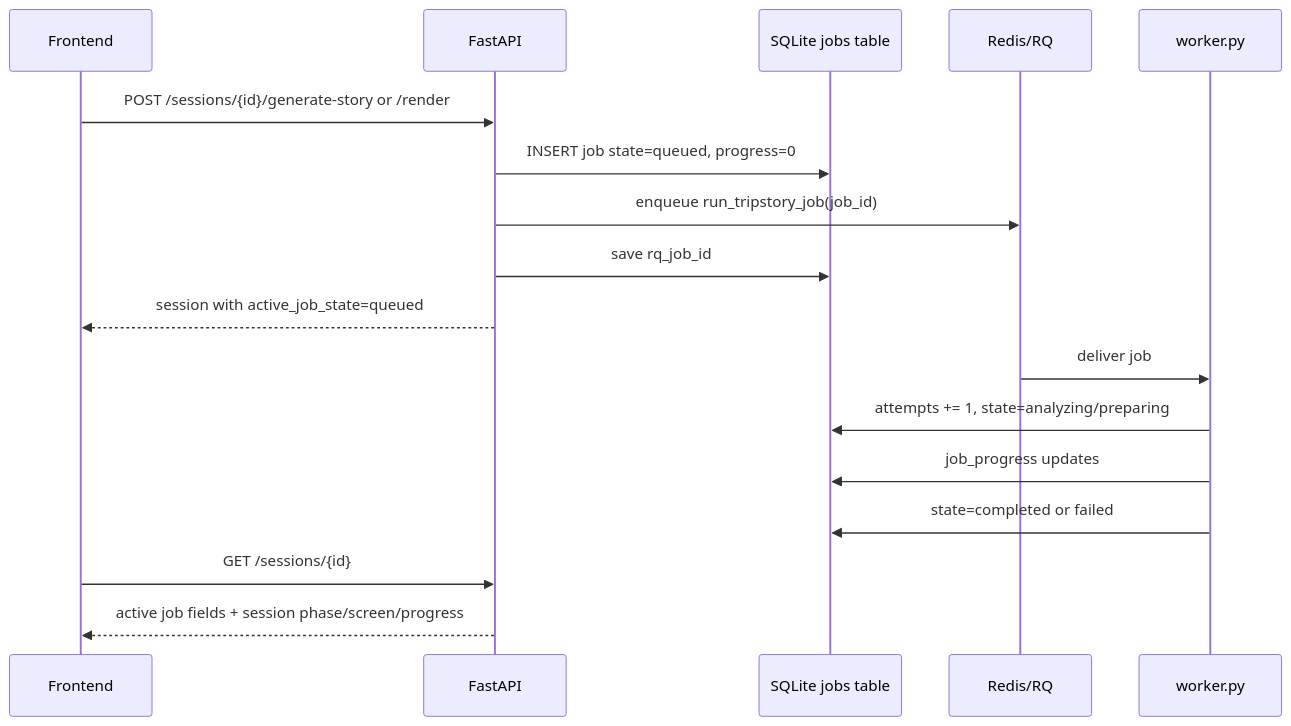
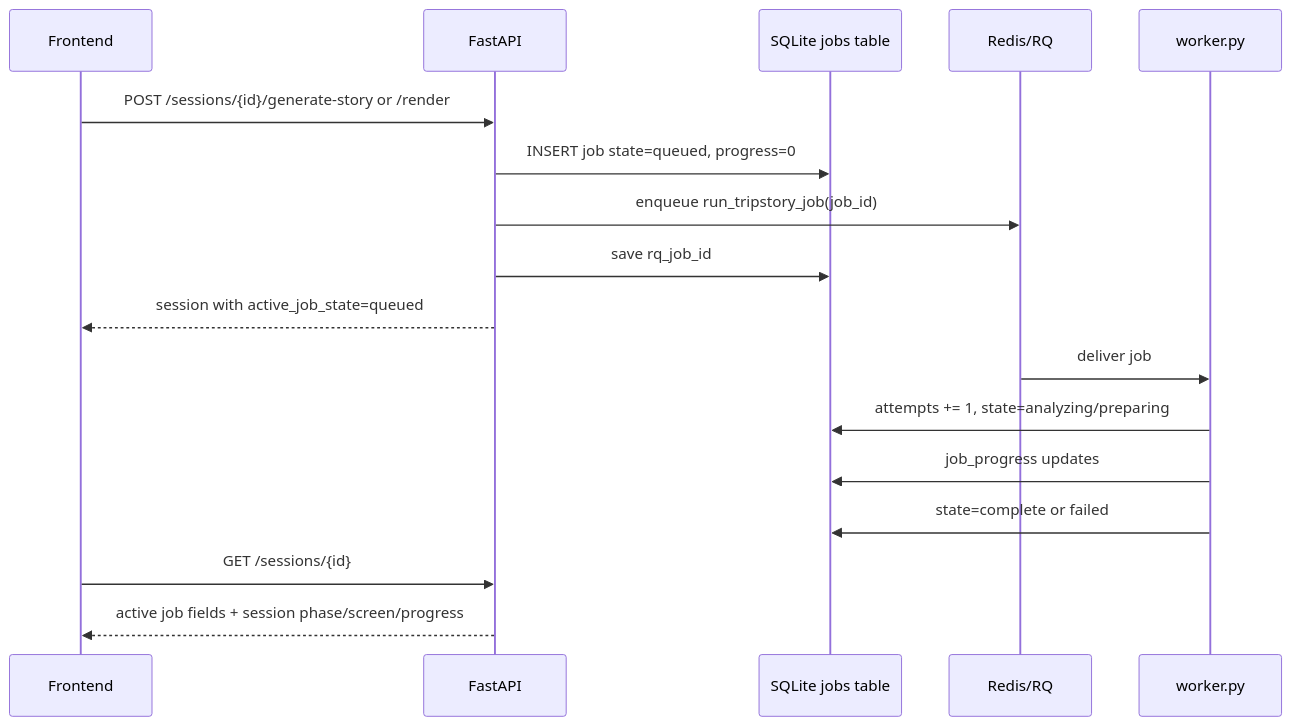
One commit to namprice227/trendsync changed the fourth of 4 diagrams in developer.md. Above: the diagram before and after it, drawn with Mermaid. The commit also changed other lines of this file and 21 other files, not shown here.

````diff
--- a/developer.md
+++ b/developer.md
@@ -222,20 +226,20 @@
 ```mermaid
 sequenceDiagram
     participant UI as Frontend
     participant API as FastAPI
     participant DB as SQLite jobs table
     participant Redis as Redis/RQ
     participant W as worker.py
 
     UI->>API: POST /sessions/{id}/generate-story or /render
     API->>DB: INSERT job state=queued, progress=0
     API->>Redis: enqueue run_tripstory_job(job_id)
     API->>DB: save rq_job_id
     API-->>UI: session with active_job_state=queued
     Redis->>W: deliver job
     W->>DB: attempts += 1, state=analyzing/preparing
     W->>DB: job_progress updates
-    W->>DB: state=completed or failed
+    W->>DB: state=complete or failed
     UI->>API: GET /sessions/{id}
     API-->>UI: active job fields + session phase/screen/progress
 ```
````
